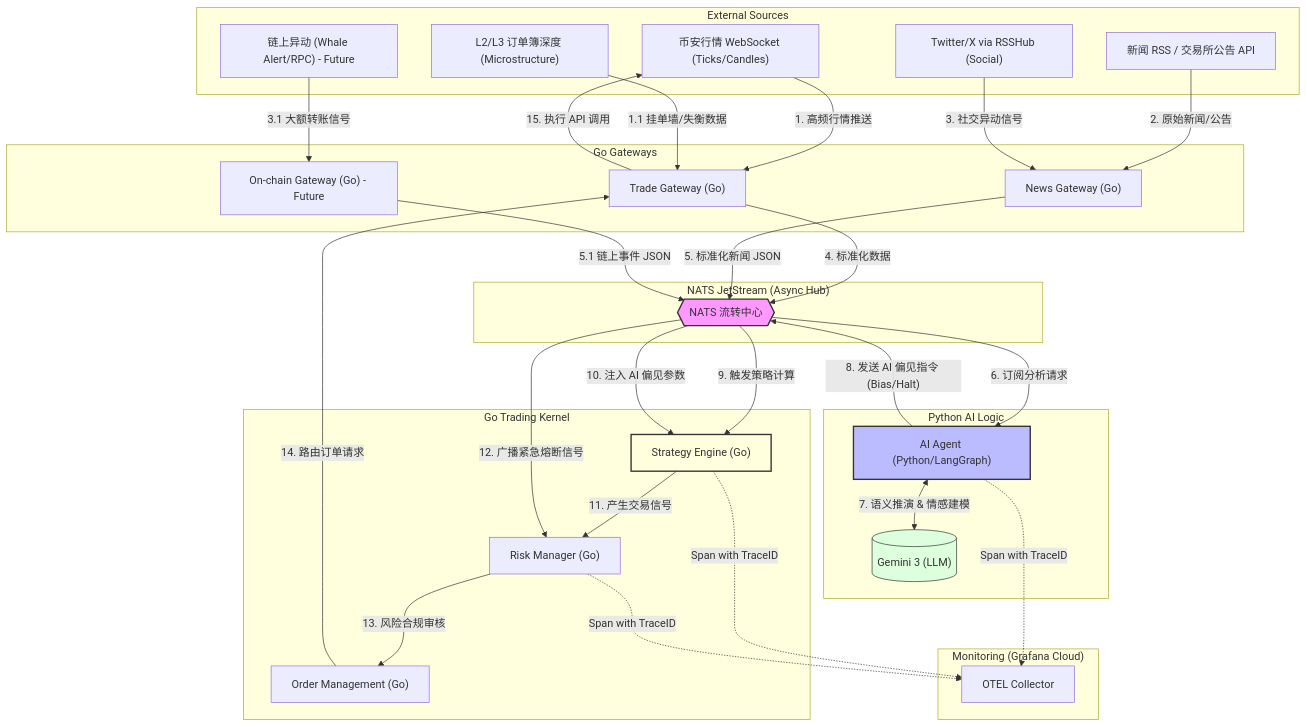
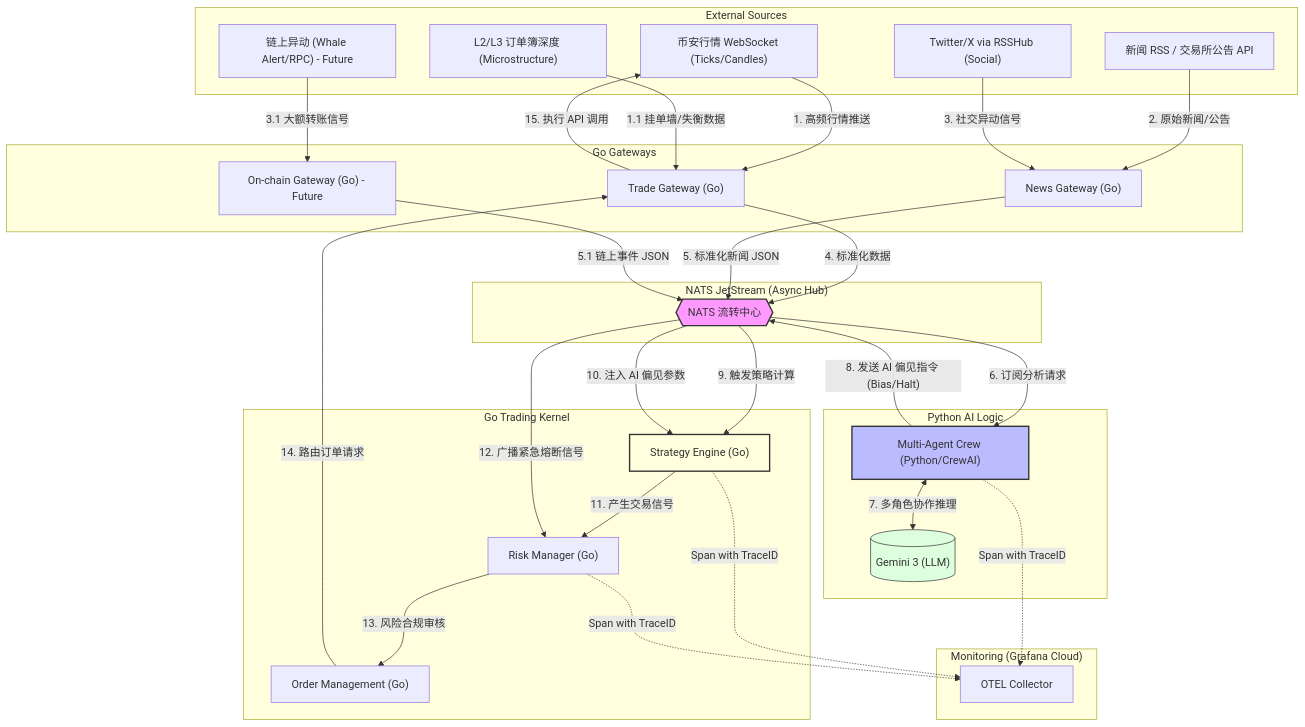
One commit to iluyuns/alpha-trade changed the diagram in docs/architecture_flow.md. Above: the diagram before and after it, drawn with Mermaid. The commit also changed 94 other files, not shown here.

```diff
--- a/docs/architecture_flow.md
+++ b/docs/architecture_flow.md
@@ -54,13 +54,13 @@
 
     %% 路径 B: 智能理解路径 (大脑)
     subgraph "Python AI Logic"
-        AI_Agent["AI Agent (Python/LangGraph)"]
+        AI_Agent["Multi-Agent Crew (Python/CrewAI)"]
         LLM[("Gemini 3 (LLM)")]
     end
 
     %% AI 驱动流
     MQ -->|6. 订阅分析请求| AI_Agent
-    AI_Agent <-->|"7. 语义推演 & 情感建模"| LLM
+    AI_Agent <-->|"7. 多角色协作推理"| LLM
     AI_Agent -->|"8. 发送 AI 偏见指令 (Bias/Halt)"| MQ
 
     %% 行情驱动流
```
